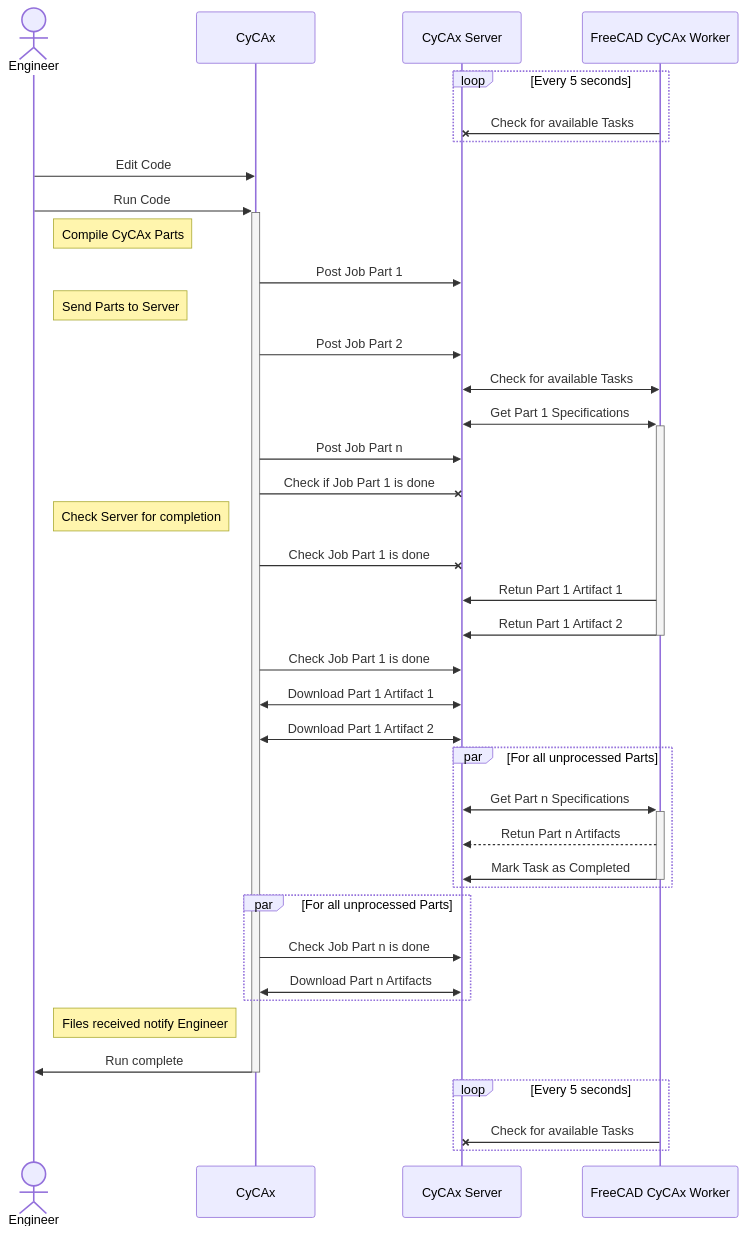
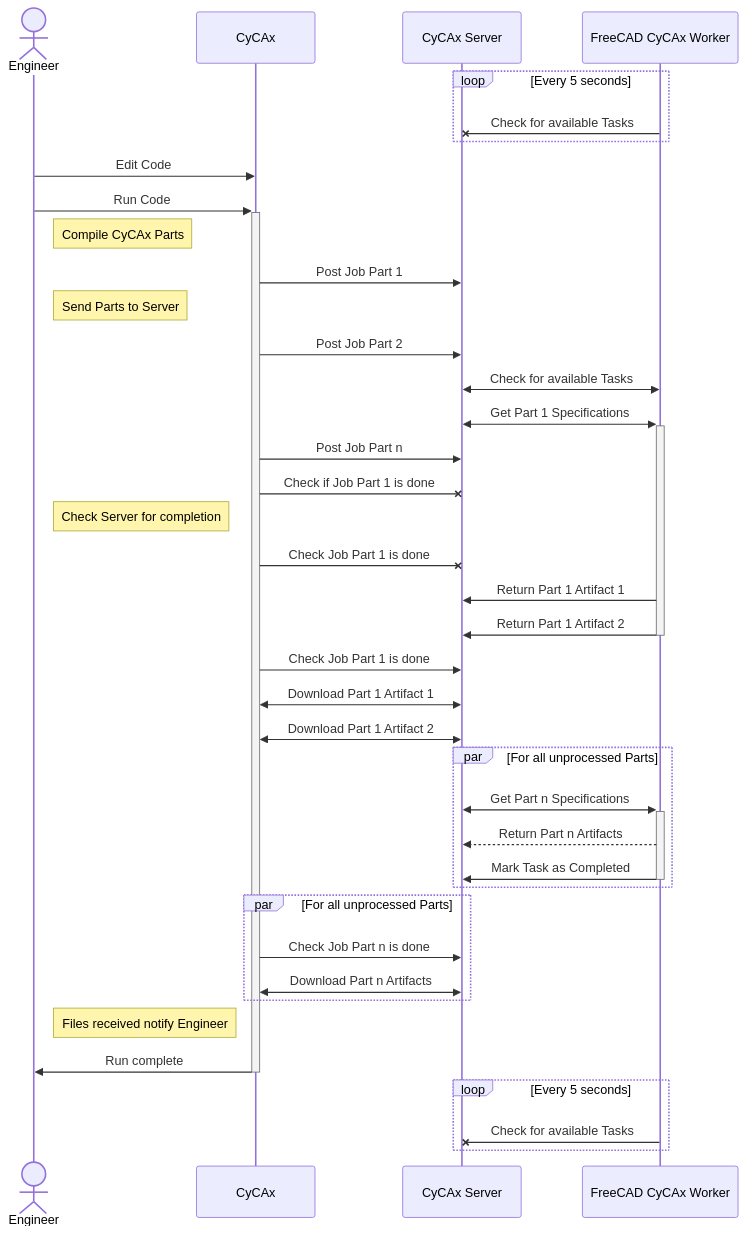
The diagram in docs/diagrams/src/sequence.mermaid (tsolo-io/cycax-server), drawn with Mermaid before and after one commit. The commit also changed 3 other files, not shown here.

Commit message:
feat: Use a template as part of the artifact name.

```diff
--- a/docs/diagrams/src/sequence.mermaid
+++ b/docs/diagrams/src/sequence.mermaid
@@ -1,39 +1,39 @@
 sequenceDiagram
     actor E as Engineer
     participant C as CyCAx
     participant S as CyCAx Server
     participant F as FreeCAD CyCAx Worker
     loop Every 5 seconds
         F-xS: Check for available Tasks
     end
     E->>C: Edit Code
     E->>+C: Run Code
     Note right of E: Compile CyCAx Parts
     C->>S: Post Job Part 1
     Note right of E: Send Parts to Server
     C->>S: Post Job Part 2
     F<<->>S: Check for available Tasks
     S<<->>+F: Get Part 1 Specifications 
     C->>S: Post Job Part n
     C-xS: Check if Job Part 1 is done
     Note right of E: Check Server for completion
     C-xS: Check Job Part 1 is done
-    F->>S: Retun Part 1 Artifact 1
-    F->>-S: Retun Part 1 Artifact 2
+    F->>S: Return Part 1 Artifact 1
+    F->>-S: Return Part 1 Artifact 2
     C->>S: Check Job Part 1 is done
     C<<->>S: Download Part 1 Artifact 1
     C<<->>S: Download Part 1 Artifact 2
     par For all unprocessed Parts
     S<<->>+F: Get Part n Specifications
-    F-->>S: Retun Part n Artifacts
+    F-->>S: Return Part n Artifacts
     F->>-S: Mark Task as Completed
     end
     par For all unprocessed Parts
     C->>S: Check Job Part n is done
     C<<->>S: Download Part n Artifacts
     end
     Note right of E: Files received notify Engineer 
     C->>-E: Run complete
     loop Every 5 seconds
         F-xS: Check for available Tasks
     end
```
